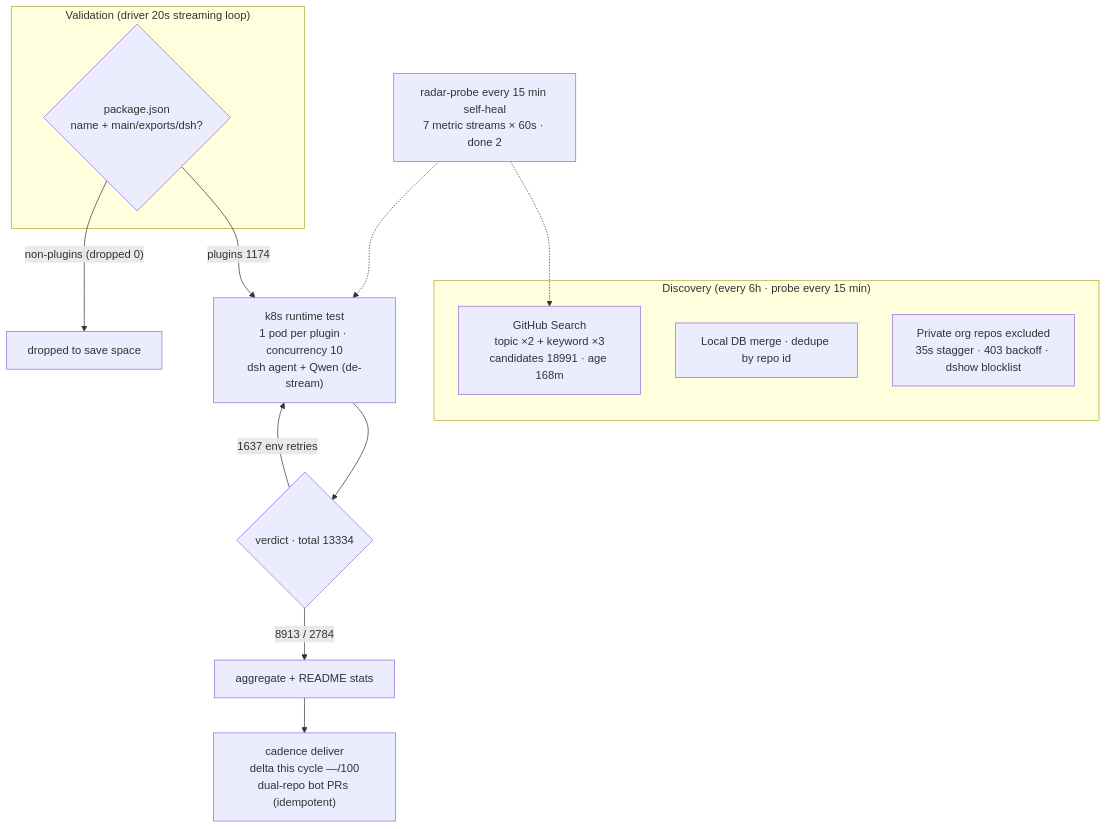
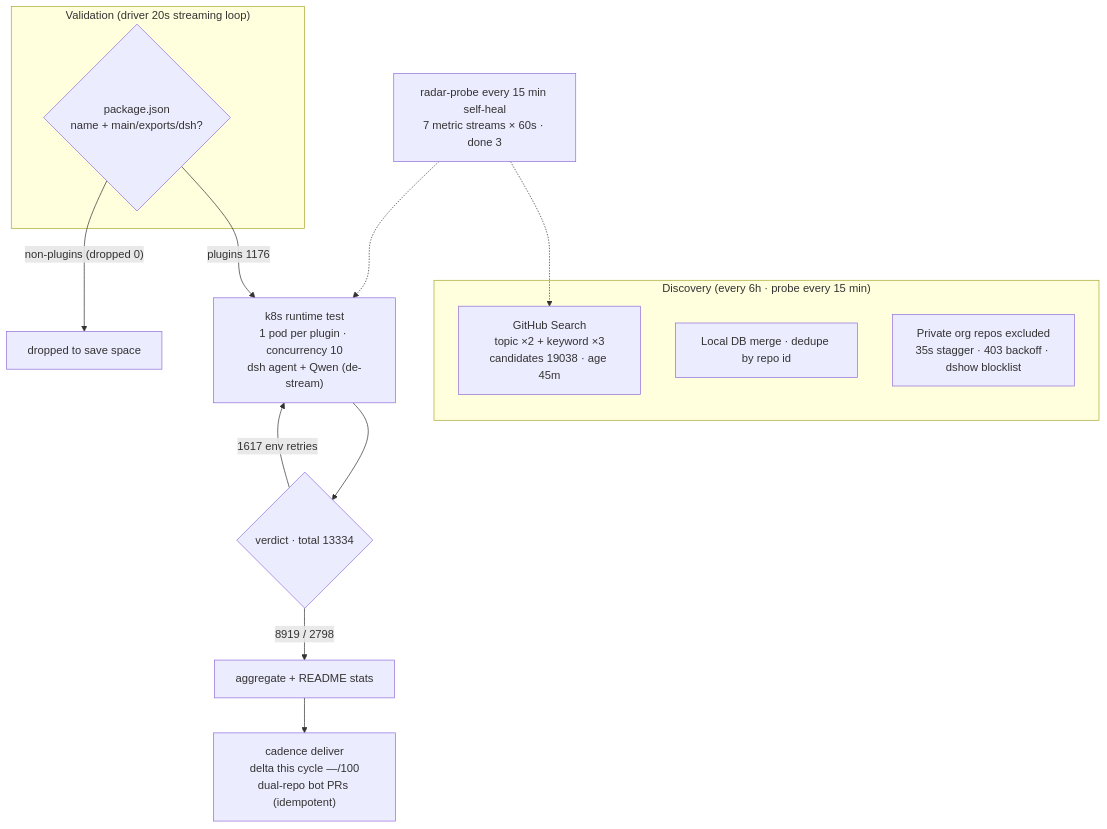
One commit to AdamPlatin123/dsh-plugin-radar changed the diagram in README.en-US.md. Above: the diagram before and after it, drawn with Mermaid. The commit also changed other lines of this file and 15 other files, not shown here.

````diff
--- a/README.en-US.md
+++ b/README.en-US.md
@@ -45,20 +45,20 @@
 ```mermaid
 flowchart TB
     subgraph Discovery["Discovery (every 6h · probe every 15 min)"]
-        A1["GitHub Search<br/>topic ×2 + keyword ×3<br/>candidates 18991 · age 168m"]
+        A1["GitHub Search<br/>topic ×2 + keyword ×3<br/>candidates 19038 · age 45m"]
         A2["Local DB merge · dedupe by repo id"]
         A3["Private org repos excluded<br/>35s stagger · 403 backoff · dshow blocklist"]
     end
     subgraph Validation["Validation (driver 20s streaming loop)"]
         B1{"package.json<br/>name + main/exports/dsh?"}
     end
-    B1 -->|"plugins 1174"| C1["k8s runtime test<br/>1 pod per plugin · concurrency 10<br/>dsh agent + Qwen (de-stream)"]
+    B1 -->|"plugins 1176"| C1["k8s runtime test<br/>1 pod per plugin · concurrency 10<br/>dsh agent + Qwen (de-stream)"]
     B1 -->|"non-plugins (dropped 0)"| B3["dropped to save space"]
     C1 --> D1{"verdict · total 13334"}
-    D1 -->|"8913 / 2784"| E1["aggregate + README stats"]
-    D1 -->|"1637 env retries"| C1
+    D1 -->|"8919 / 2798"| E1["aggregate + README stats"]
+    D1 -->|"1617 env retries"| C1
     E1 --> E2["cadence deliver<br/>delta this cycle —/100<br/>dual-repo bot PRs (idempotent)"]
-    M["radar-probe every 15 min self-heal<br/>7 metric streams × 60s · done 2"]
+    M["radar-probe every 15 min self-heal<br/>7 metric streams × 60s · done 3"]
     M -.-> A1
     M -.-> C1
 ```
````
